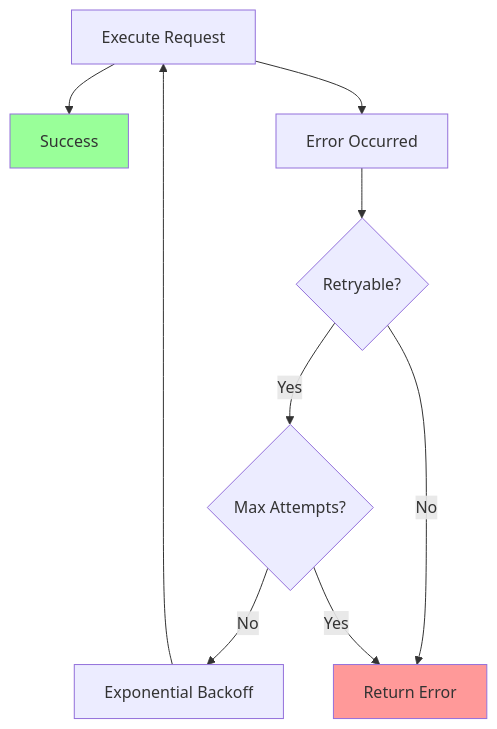
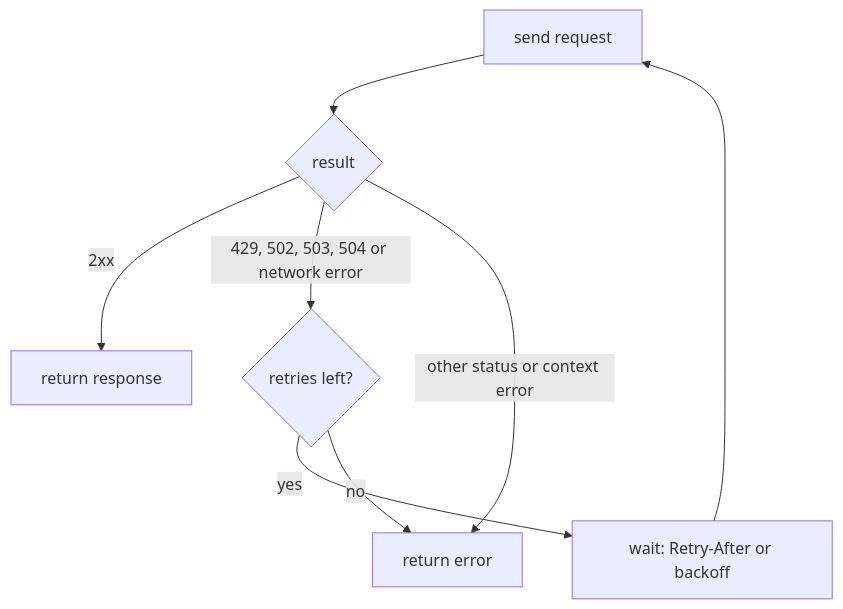
The fifth of 5 diagrams in docs/src/content/docs/architecture/runtime-providers.md (AltairaLabs/PromptKit), drawn with Mermaid before and after one commit. The commit also changed other lines of this file and 35 other files, not shown here.

First line of the commit message:
docs: review the explanation and architecture pages against the code (#2343)

````diff
--- a/docs/src/content/docs/architecture/runtime-providers.md
+++ b/docs/src/content/docs/architecture/runtime-providers.md
@@ -576,22 +224,10 @@
 ```mermaid
 graph TD
-    Request["Execute Request"]
-    Success["Success"]
-    Error["Error Occurred"]
-    Retryable{"Retryable?"}
-    Attempts{"Max Attempts?"}
-    Backoff["Exponential Backoff"]
-    Fail["Return Error"]
-
-    Request --> Success
-    Request --> Error
-    Error --> Retryable
-    Retryable -->|Yes| Attempts
-    Retryable -->|No| Fail
-    Attempts -->|No| Backoff
-    Attempts -->|Yes| Fail
-    Backoff --> Request
-
-    style Success fill:#9f9
-    style Fail fill:#f99
+    Request["send request"] --> Result{"result"}
+    Result -->|"2xx"| Done["return response"]
+    Result -->|"429, 502, 503, 504 or network error"| Left{"retries left?"}
+    Result -->|"other status or context error"| Fail["return error"]
+    Left -->|yes| Wait["wait: Retry-After or backoff"]
+    Left -->|no| Fail
+    Wait --> Request
 ```
````
